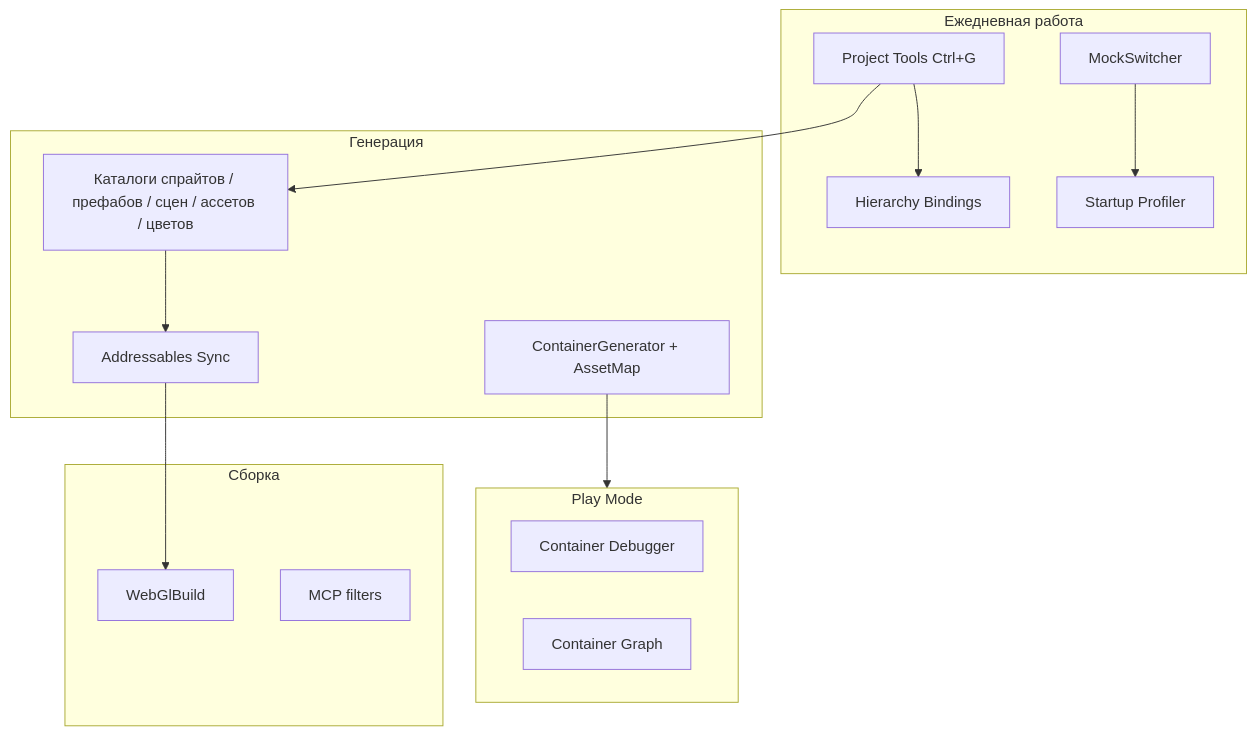
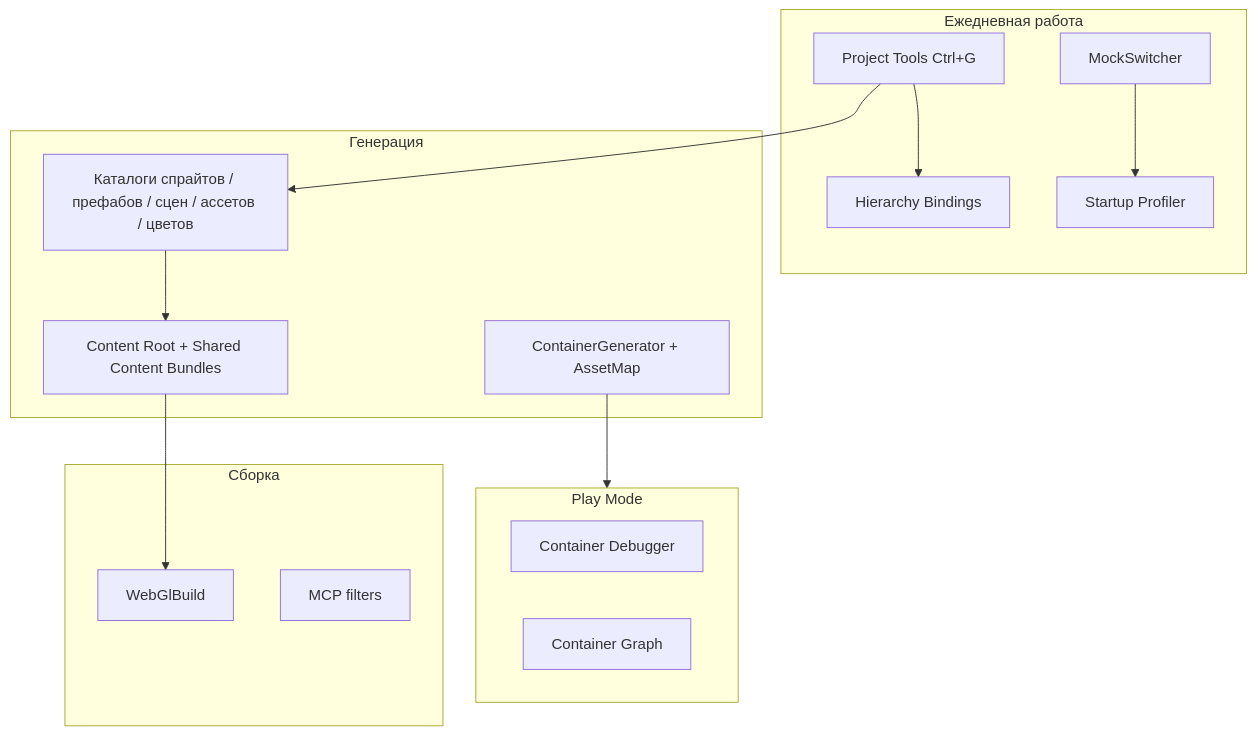
One commit to noncasted/mines-leader changed the first of 3 diagrams in docs/obsidian/architecture/client-dev-tools.md. Above: the diagram before and after it, drawn with Mermaid. The commit also changed other lines of this file and 5 other files, not shown here.

First line of the commit message:
[Docs] Stack of the README and architecture docs match Unity 7000, own SRP and ContentBundle

````diff
--- a/docs/obsidian/architecture/client-dev-tools.md
+++ b/docs/obsidian/architecture/client-dev-tools.md
@@ -11,32 +11,32 @@
 ```mermaid
 graph TB
     subgraph Daily["Ежедневная работа"]
         PT[Project Tools Ctrl+G]
         HB[Hierarchy Bindings]
         Mocks[MockSwitcher]
         Prof[Startup Profiler]
     end
 
     subgraph Codegen["Генерация"]
         Cat[Каталоги спрайтов / префабов / сцен / ассетов / цветов]
         CG[ContainerGenerator + AssetMap]
-        Addr[Addressables Sync]
+        Addr[Content Root + Shared Content Bundles]
     end
 
     subgraph Debug["Play Mode"]
         CD[Container Debugger]
         Graph[Container Graph]
     end
 
     subgraph Ship["Сборка"]
         WebGL[WebGlBuild]
         MCP[MCP filters]
     end
 
     PT --> Cat
     PT --> HB
     Cat --> Addr
     CG --> Debug
     Mocks --> Prof
     Addr --> WebGL
 ```
````
